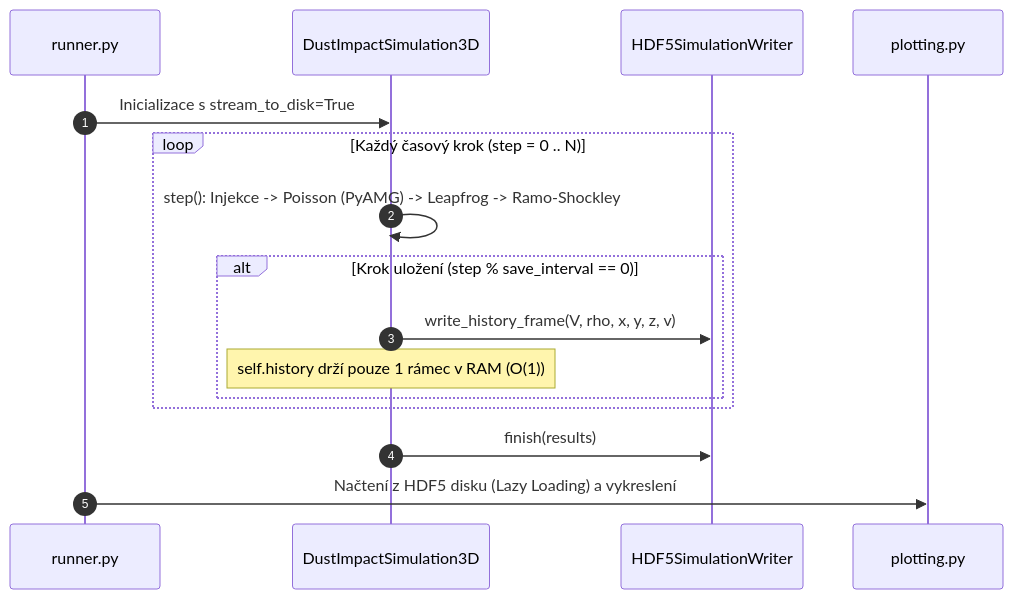
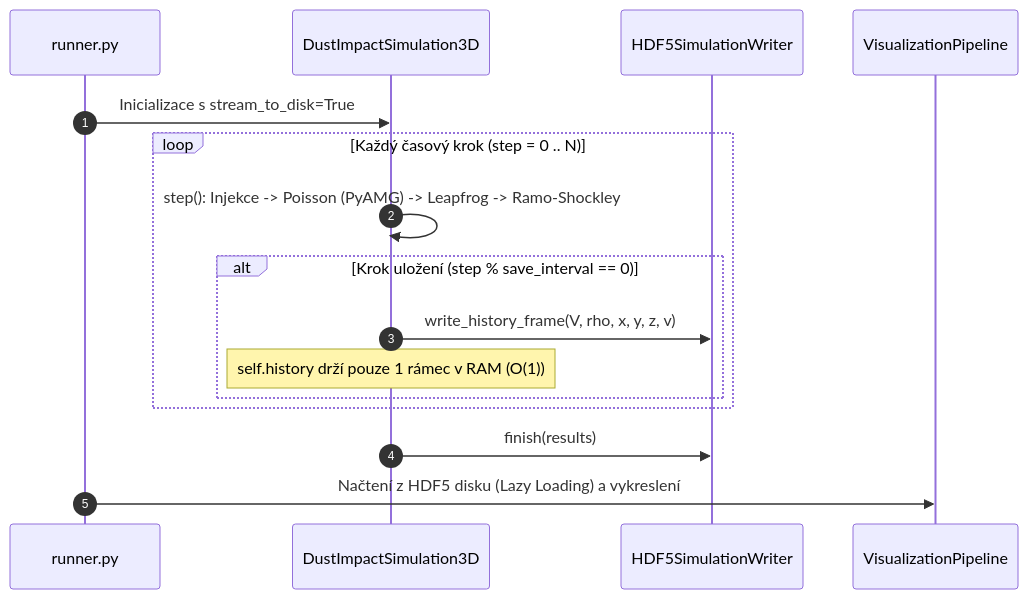
One commit to houfek588/DustImpact changed the second of 2 diagrams in docs/architecture.md. Above: the diagram before and after it, drawn with Mermaid. The commit also changed other lines of this file and 14 other files, not shown here.

````diff
--- a/docs/architecture.md
+++ b/docs/architecture.md
@@ -62,19 +73,20 @@
 ```mermaid
 sequenceDiagram
     autonumber
     participant CLI as runner.py
     participant Sim as DustImpactSimulation3D
     participant Disk as HDF5SimulationWriter
-    participant Vis as plotting.py
+    participant Vis as VisualizationPipeline
+
 
     CLI->>Sim: Inicializace s stream_to_disk=True
     loop Každý časový krok (step = 0 .. N)
         Sim->>Sim: step(): Injekce -> Poisson (PyAMG) -> Leapfrog -> Ramo-Shockley
         alt Krok uložení (step % save_interval == 0)
             Sim->>Disk: write_history_frame(V, rho, x, y, z, v)
             Note over Sim: self.history drží pouze 1 rámec v RAM (O(1))
         end
     end
     Sim->>Disk: finish(results)
     CLI->>Vis: Načtení z HDF5 disku (Lazy Loading) a vykreslení
 ```
````
